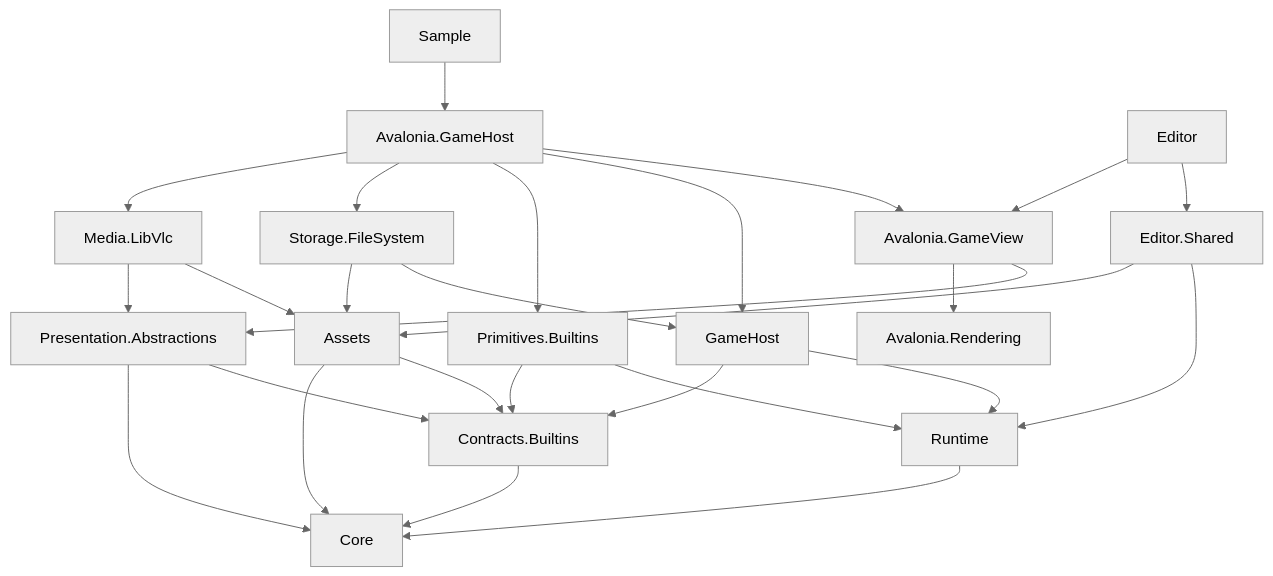
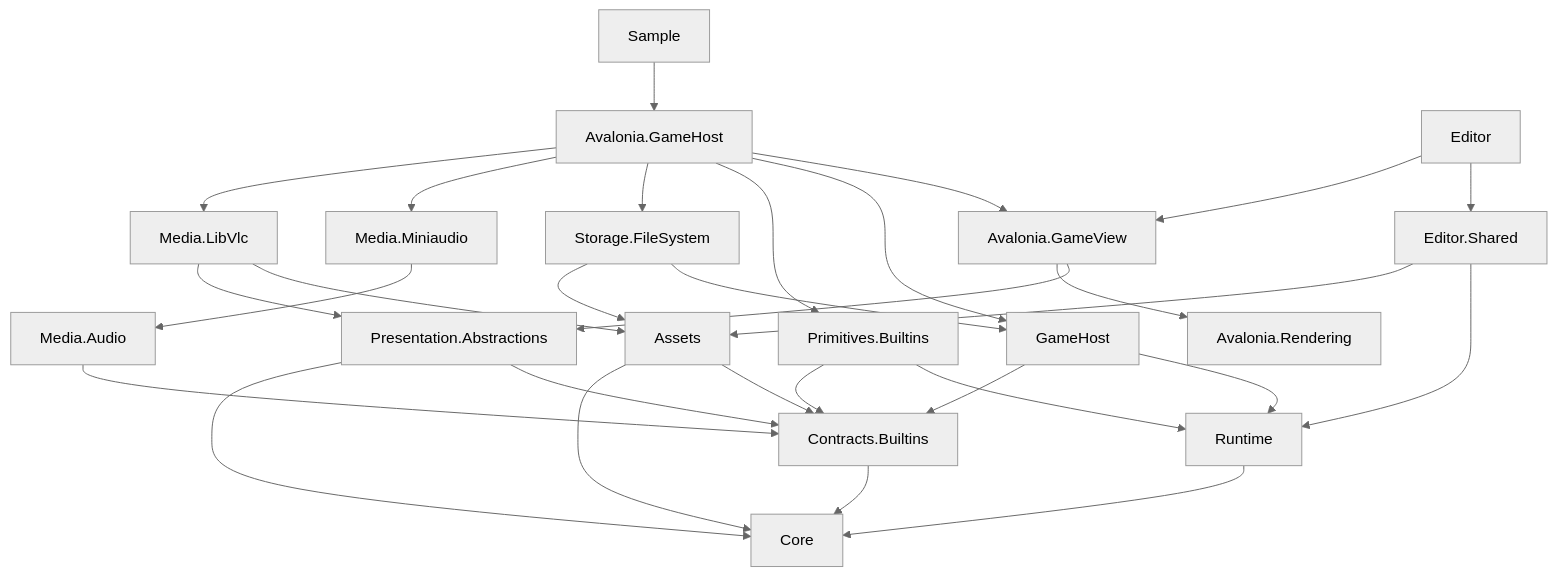
Before and after one commit to StarryXYJ/Gal.Net: the diagram in docs/spec/architecture.md, drawn with Mermaid (neutral theme). The commit also changed other lines of this file and 123 other files, not shown here.

Commit message:
feat(audio): add PCM mixer backend and effect authoring design

````diff
--- a/docs/spec/architecture.md
+++ b/docs/spec/architecture.md
@@ -25,29 +27,32 @@
 ```mermaid
 flowchart TB
     Sample[Sample] --> AvaloniaHost[Avalonia.GameHost]
     Editor[Editor] --> EditorShared[Editor.Shared]
     Editor --> GameView[Avalonia.GameView]
     EditorShared --> Runtime
     EditorShared --> Assets
     AvaloniaHost --> GameView
     AvaloniaHost --> Host[GameHost]
     AvaloniaHost --> Builtins[Primitives.Builtins]
     AvaloniaHost --> Storage[Storage.FileSystem]
+    AvaloniaHost --> Audio[Media.Miniaudio]
+    Audio --> Mixer[Media.Audio]
+    Mixer --> Contracts
     AvaloniaHost --> Media[Media.LibVlc]
     Host --> Runtime
     Builtins --> Runtime
     Builtins --> Contracts[Contracts.Builtins]
     Storage --> Host
     Storage --> Assets
     Media --> Assets
     Media --> Ports[Presentation.Abstractions]
     GameView --> Ports
     GameView --> Rendering[Avalonia.Rendering]
     Runtime --> Core
     Ports --> Contracts
     Ports --> Core
     Contracts --> Core
     Assets --> Contracts
     Host --> Contracts
     Assets --> Core
 ```
````
